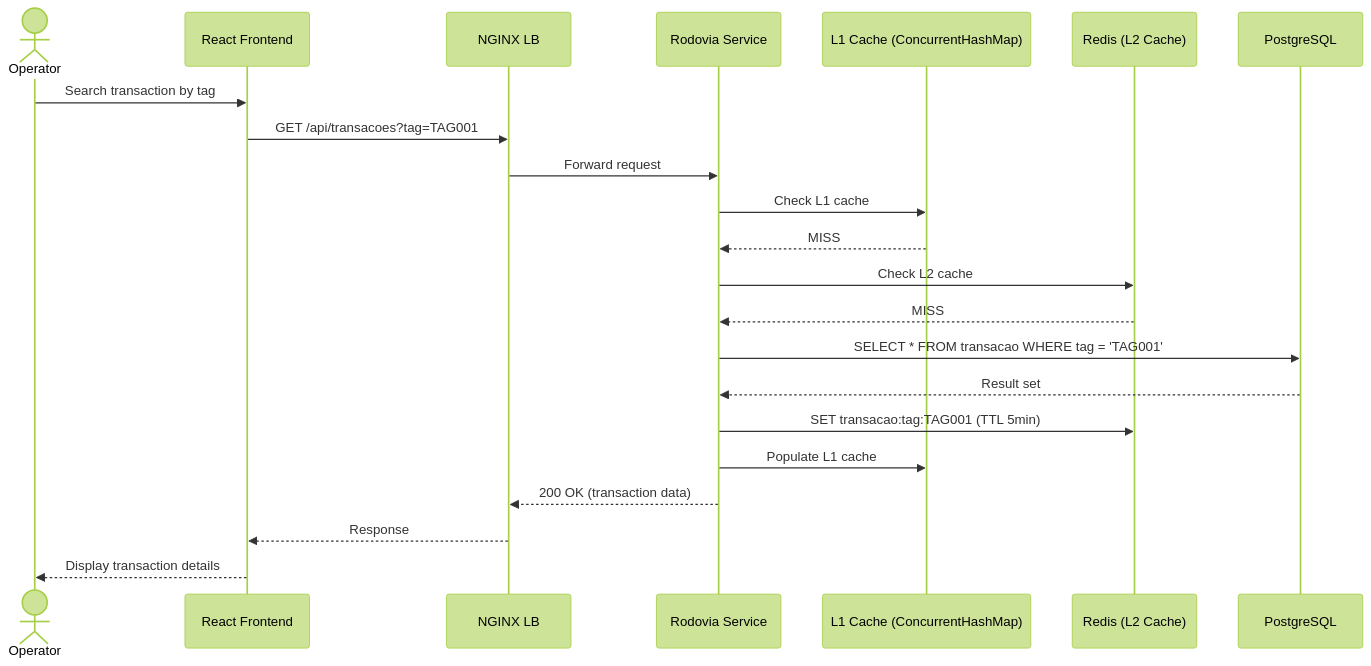
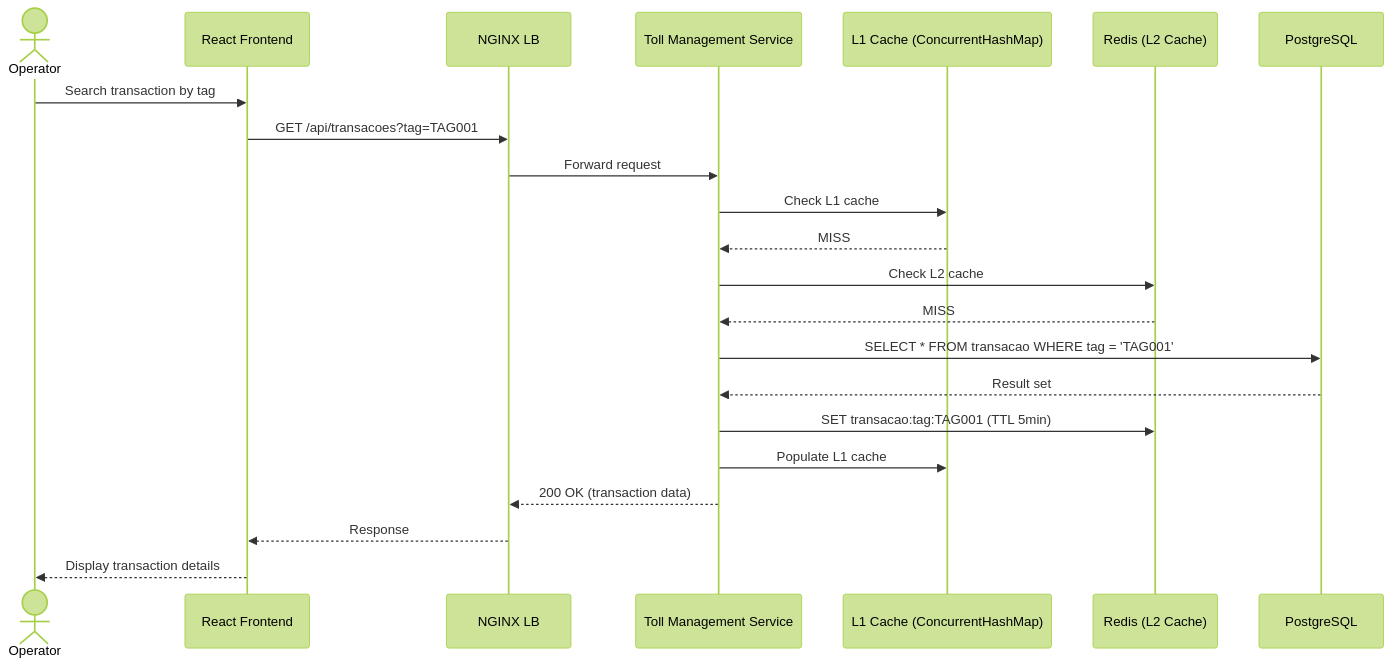
One commit to heloan/smart-toll-cache-system changed the third of 7 diagrams in docs/uml-diagrams.md. Above: the diagram before and after it, drawn with Mermaid (forest theme). The commit also changed other lines of this file and 149 other files, not shown here.

````diff
--- a/docs/uml-diagrams.md
+++ b/docs/uml-diagrams.md
@@ -91,25 +91,25 @@
 ```mermaid
 sequenceDiagram
     actor Operator
     participant FE as React Frontend
     participant NGINX as NGINX LB
-    participant SB as Rodovia Service
+    participant SB as Toll Management Service
     participant L1 as L1 Cache (ConcurrentHashMap)
     participant REDIS as Redis (L2 Cache)
     participant PG as PostgreSQL
 
     Operator->>FE: Search transaction by tag
     FE->>NGINX: GET /api/transacoes?tag=TAG001
     NGINX->>SB: Forward request
     SB->>L1: Check L1 cache
     L1-->>SB: MISS
     SB->>REDIS: Check L2 cache
     REDIS-->>SB: MISS
     SB->>PG: SELECT * FROM transacao WHERE tag = 'TAG001'
     PG-->>SB: Result set
     SB->>REDIS: SET transacao:tag:TAG001 (TTL 5min)
     SB->>L1: Populate L1 cache
     SB-->>NGINX: 200 OK (transaction data)
     NGINX-->>FE: Response
     FE-->>Operator: Display transaction details
 ```
````
